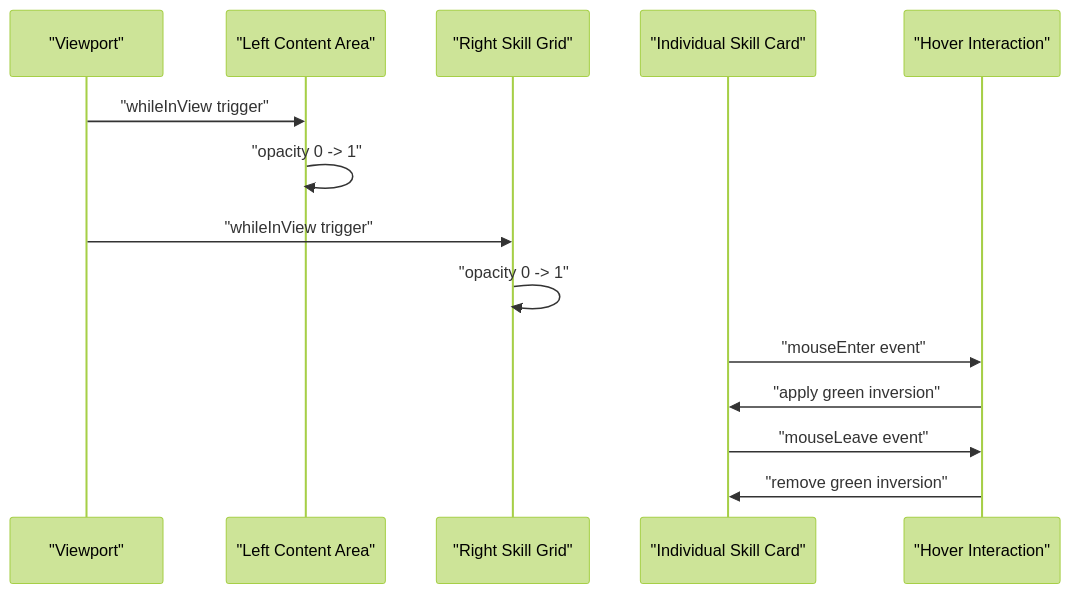
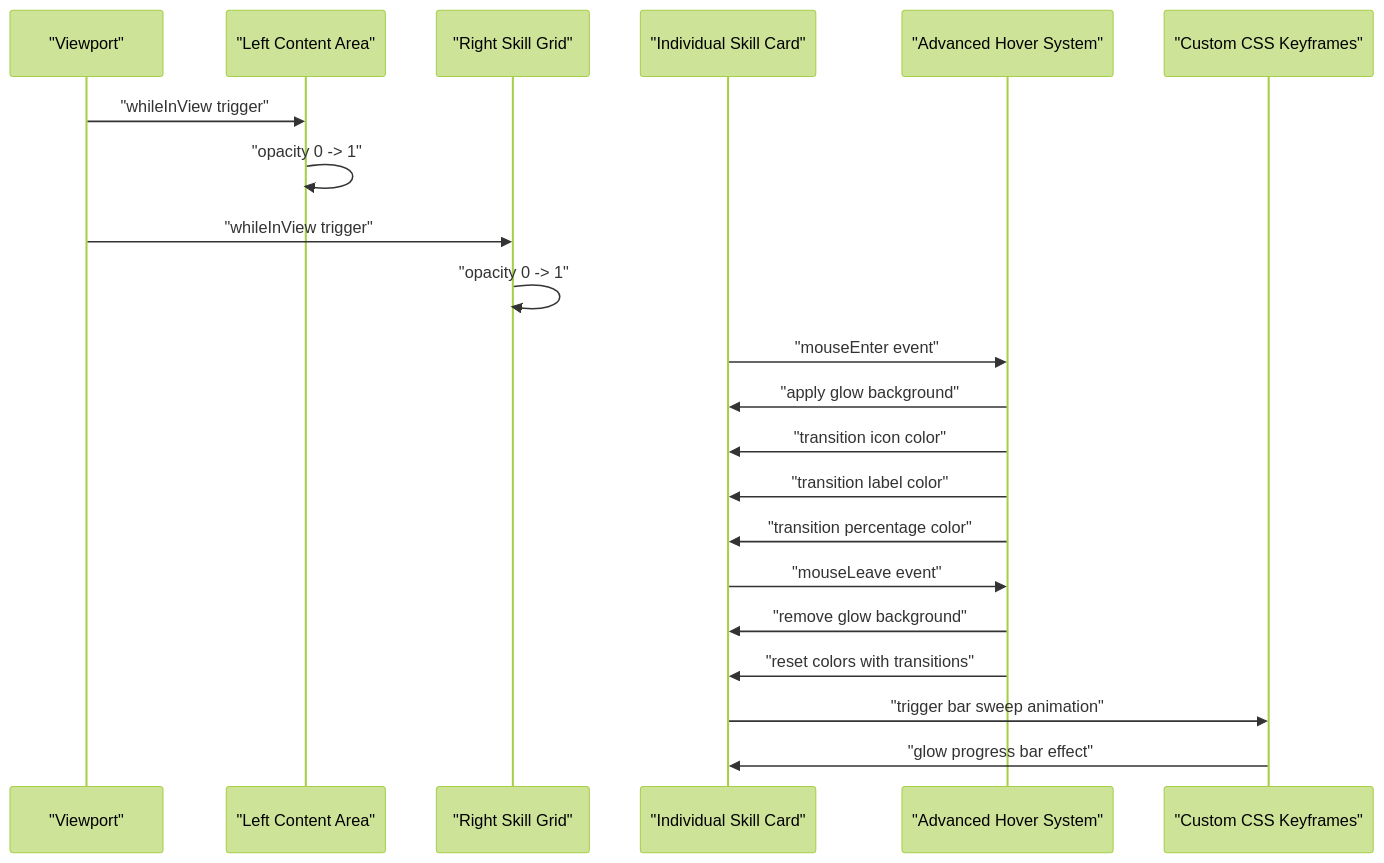
Before and after one commit to subash7781/Portfolio: the third of 4 diagrams in .qoder/repowiki/en/content/Component Library & UI Elements/BentoSection Component.md, drawn with Mermaid (forest theme). The commit also changed other lines of this file and 7 other files, not shown here.

````diff
--- a/.qoder/repowiki/en/content/Component Library & UI Elements/BentoSection Component.md
+++ b/.qoder/repowiki/en/content/Component Library & UI Elements/BentoSection Component.md
@@ -185,16 +193,23 @@
 ```mermaid
 sequenceDiagram
 participant Viewport as "Viewport"
 participant LeftCard as "Left Content Area"
 participant RightCard as "Right Skill Grid"
 participant SkillCard as "Individual Skill Card"
-participant HoverSystem as "Hover Interaction"
+participant HoverSystem as "Advanced Hover System"
+participant Keyframes as "Custom CSS Keyframes"
 Viewport->>LeftCard : "whileInView trigger"
 LeftCard->>LeftCard : "opacity 0 -> 1"
 Viewport->>RightCard : "whileInView trigger"
 RightCard->>RightCard : "opacity 0 -> 1"
 SkillCard->>HoverSystem : "mouseEnter event"
-HoverSystem->>SkillCard : "apply green inversion"
+HoverSystem->>SkillCard : "apply glow background"
+HoverSystem->>SkillCard : "transition icon color"
+HoverSystem->>SkillCard : "transition label color"
+HoverSystem->>SkillCard : "transition percentage color"
 SkillCard->>HoverSystem : "mouseLeave event"
-HoverSystem->>SkillCard : "remove green inversion"
+HoverSystem->>SkillCard : "remove glow background"
+HoverSystem->>SkillCard : "reset colors with transitions"
+SkillCard->>Keyframes : "trigger bar sweep animation"
+Keyframes->>SkillCard : "glow progress bar effect"
 ```
````
